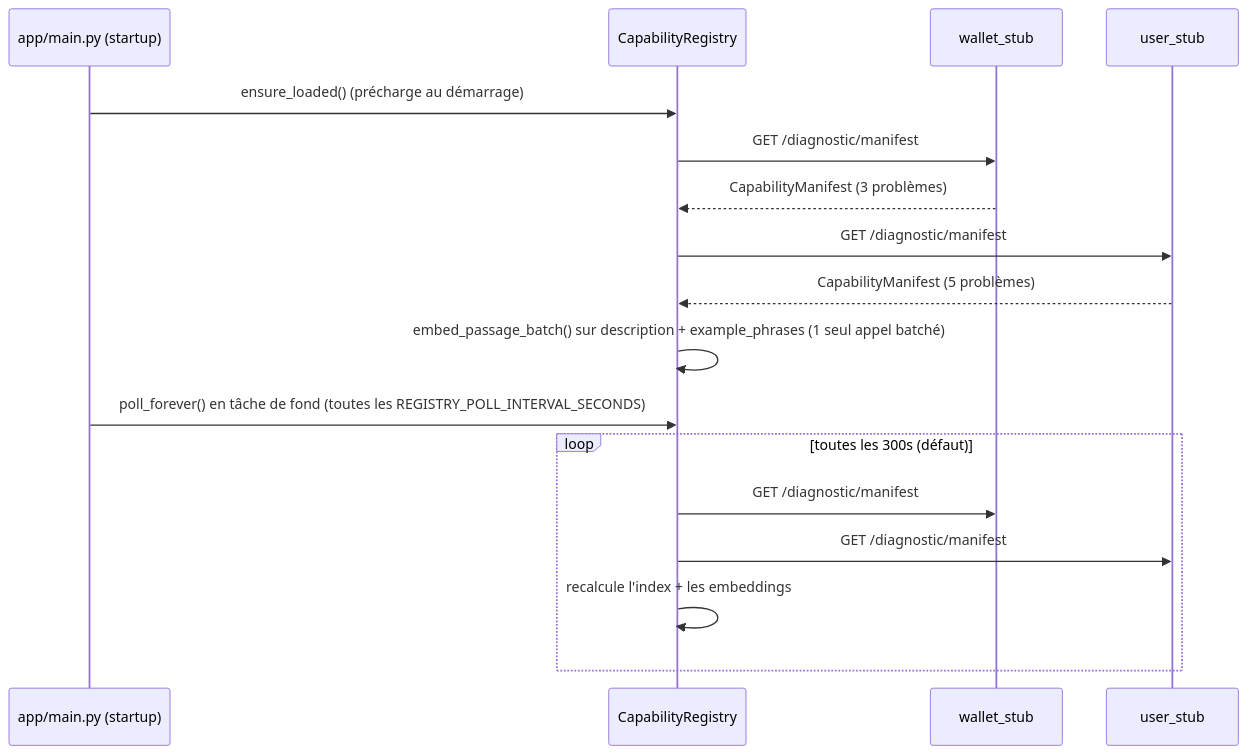
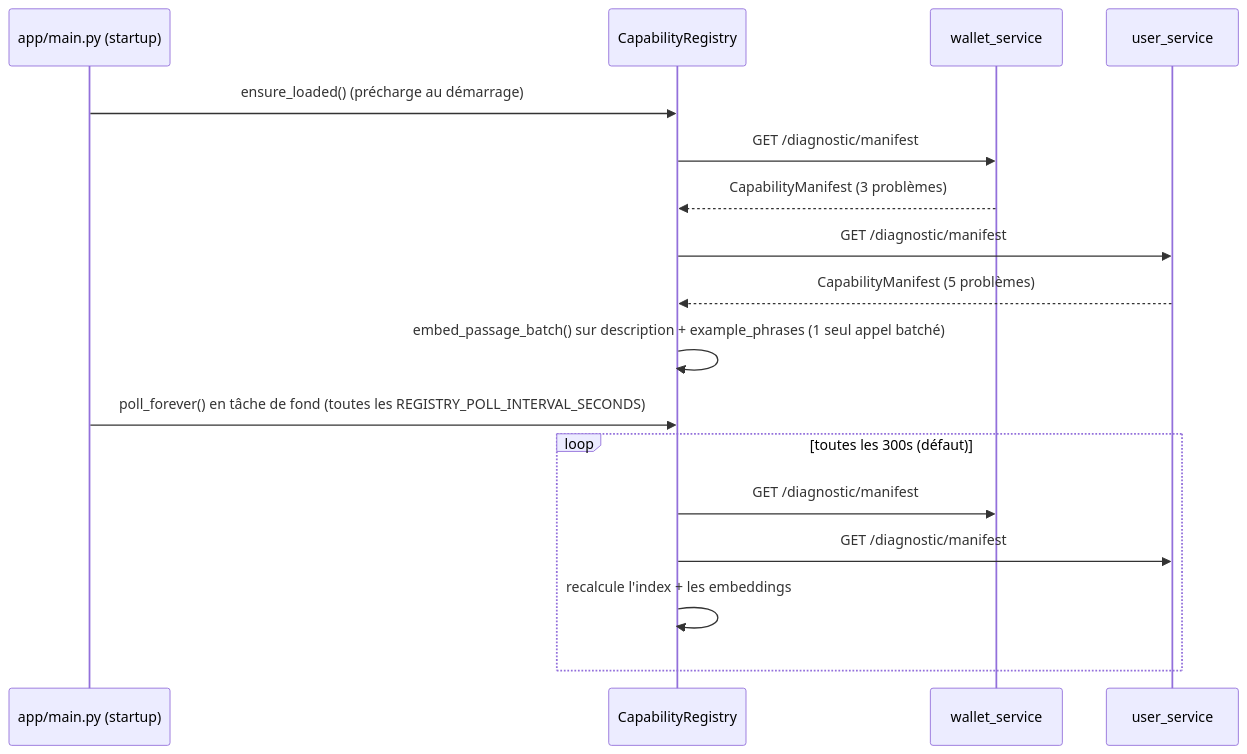
The first of 3 diagrams in docs/05-communication.md (lamafx/NGONI), drawn with Mermaid before and after one commit. The commit also changed other lines of this file and 83 other files, not shown here.

First line of the commit message:
Renommage : stub -> service (wallet_service, user_service), ollama -> model

````diff
--- a/docs/05-communication.md
+++ b/docs/05-communication.md
@@ -50,20 +50,20 @@
 ```mermaid
 sequenceDiagram
     participant M as app/main.py (startup)
     participant Reg as CapabilityRegistry
-    participant W as wallet_stub
-    participant U as user_stub
+    participant W as wallet_service
+    participant U as user_service
 
     M->>Reg: ensure_loaded() (précharge au démarrage)
     Reg->>W: GET /diagnostic/manifest
     W-->>Reg: CapabilityManifest (3 problèmes)
     Reg->>U: GET /diagnostic/manifest
     U-->>Reg: CapabilityManifest (5 problèmes)
     Reg->>Reg: embed_passage_batch() sur description + example_phrases (1 seul appel batché)
     M->>Reg: poll_forever() en tâche de fond (toutes les REGISTRY_POLL_INTERVAL_SECONDS)
     loop toutes les 300s (défaut)
         Reg->>W: GET /diagnostic/manifest
         Reg->>U: GET /diagnostic/manifest
         Reg->>Reg: recalcule l'index + les embeddings
     end
 ```
````
